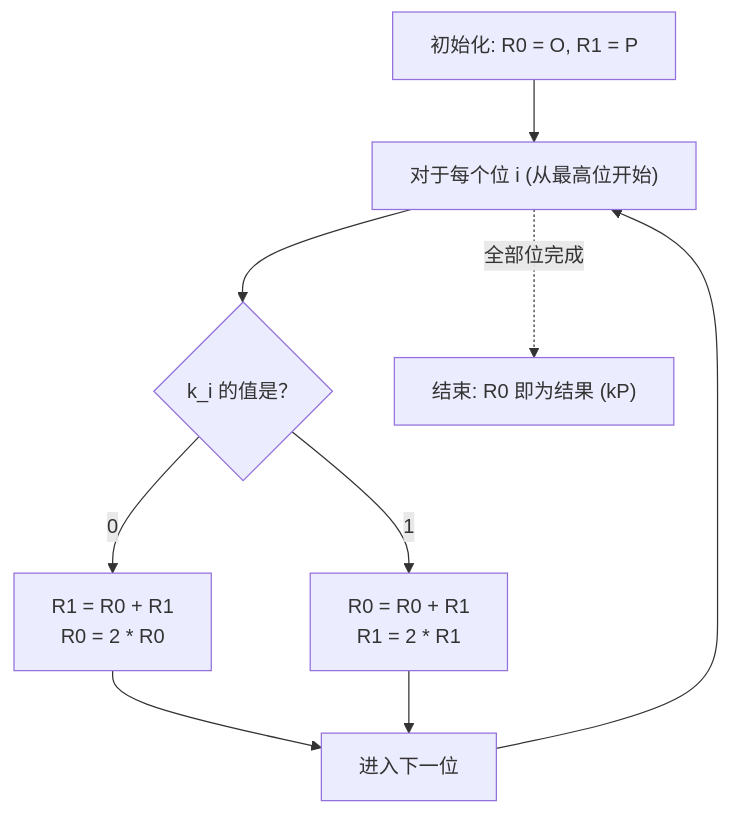
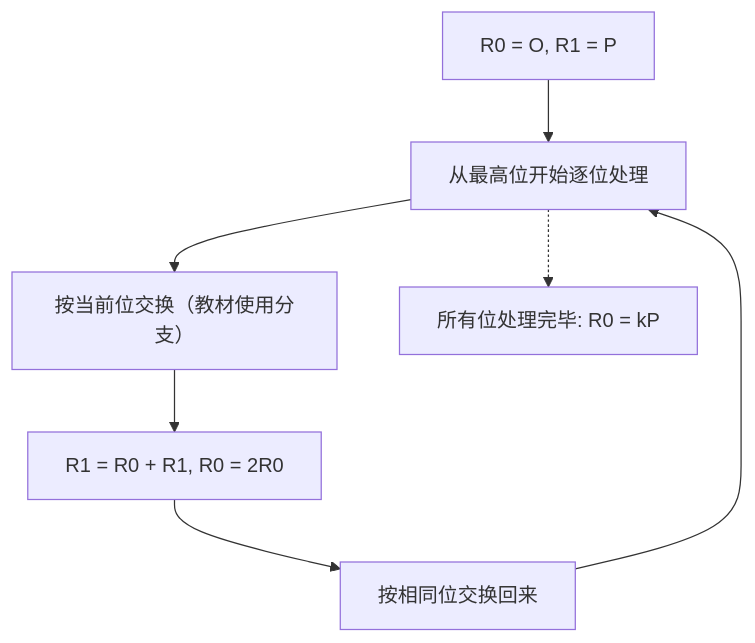
One commit to kenjinote/blog changed the second of 3 diagrams in content/post/楕円曲線暗号の数学的基礎とcppでの実装/index.zh-cn.md. Above: the diagram before and after it, drawn with Mermaid. The commit also changed other lines of this file and 8 other files, not shown here.

````diff
--- a/content/post/楕円曲線暗号の数学的基礎とcppでの実装/index.zh-cn.md
+++ b/content/post/楕円曲線暗号の数学的基礎とcppでの実装/index.zh-cn.md
@@ -253,14 +106,9 @@
 ```mermaid
 graph TD
-    Start["初始化: R0 = O, R1 = P"] --> LoopStart["对于每个位 i (从最高位开始)"]
-    LoopStart --> Cond{"k_i 的值是？"}
-    
-    Cond -->|"0"| Branch0["R1 = R0 + R1<br>R0 = 2 * R0"]
-    Cond -->|"1"| Branch1["R0 = R0 + R1<br>R1 = 2 * R1"]
-    
-    Branch0 --> LoopEnd["进入下一位"]
-    Branch1 --> LoopEnd
-    
-    LoopEnd --> LoopStart
-    LoopStart -.->|"全部位完成"| End["结束: R0 即为结果 (kP)"]
+    A["R0 = O, R1 = P"] --> B["从最高位开始逐位处理"]
+    B --> C["按当前位交换（教材使用分支）"]
+    C --> D["R1 = R0 + R1, R0 = 2R0"]
+    D --> E["按相同位交换回来"]
+    E --> B
+    B -.-> F["所有位处理完毕: R0 = kP"]
 ```
````
